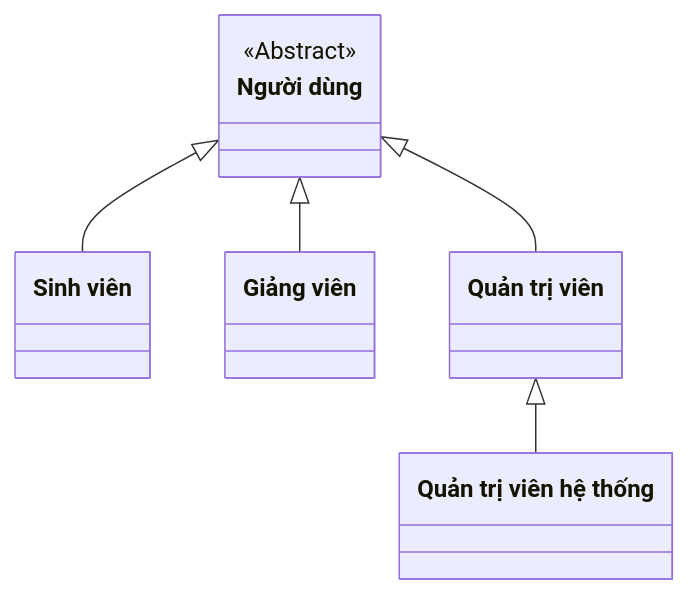
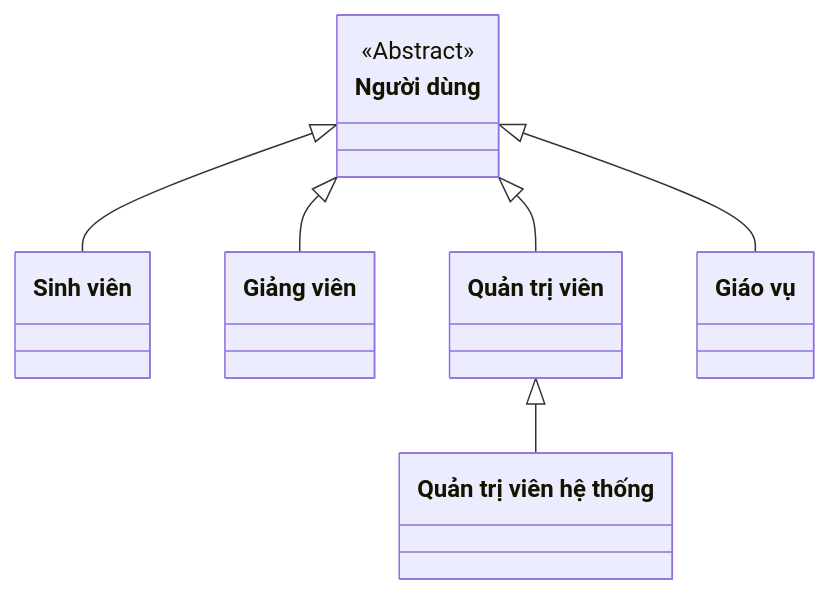
The first of 7 diagrams in docs/USE_CASE_DIAGRAMS.md (minhthuy70/ai-coding-tutor), drawn with Mermaid before and after one commit. The commit also changed other lines of this file and 3 other files, not shown here.

````diff
--- a/docs/USE_CASE_DIAGRAMS.md
+++ b/docs/USE_CASE_DIAGRAMS.md
@@ -11,15 +11,17 @@
 ```mermaid
 classDiagram
     class User["Người dùng"] {
         <<Abstract>>
     }
     class Student["Sinh viên"]
     class Teacher["Giảng viên"]
     class Admin["Quản trị viên"]
+    class Staff["Giáo vụ"]
     class SuperAdmin["Quản trị viên hệ thống"]
 
     User <|-- Student
     User <|-- Teacher
     User <|-- Admin
+    User <|-- Staff
     Admin <|-- SuperAdmin
 ```
````
